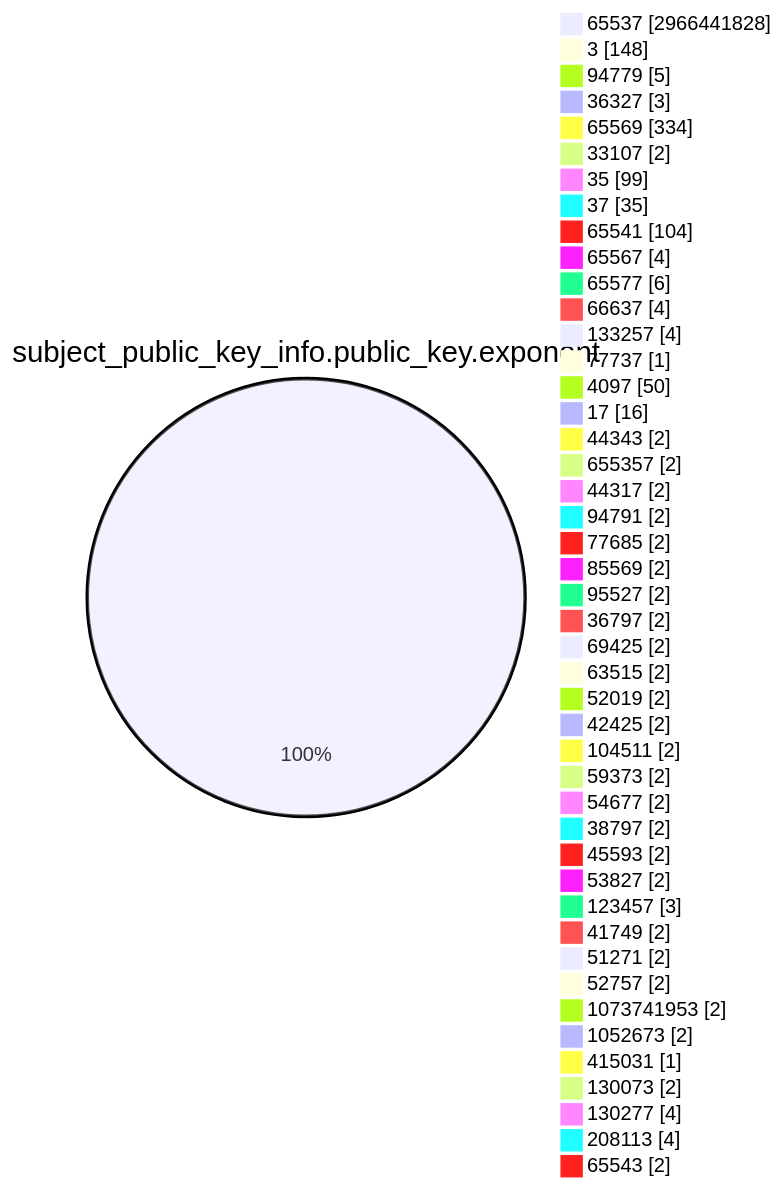
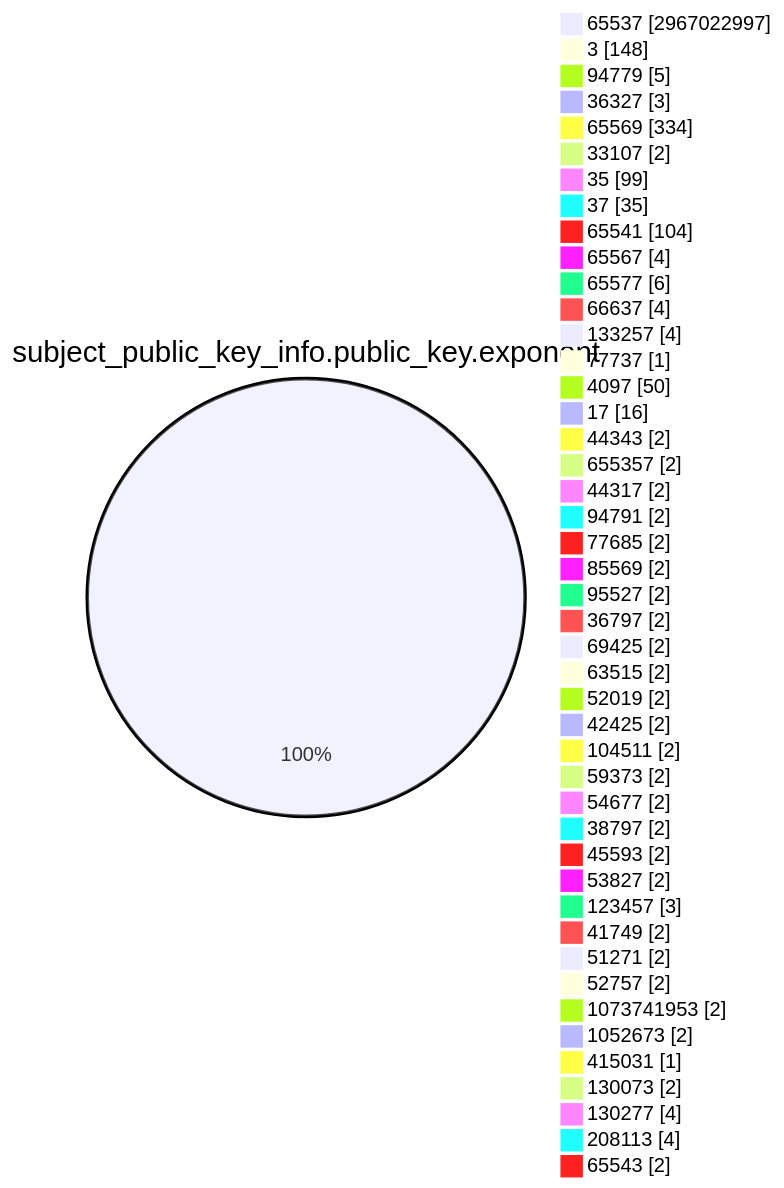
One commit to christiankrug/ctmonitor_visualization changed the fourth of 15 diagrams in TOTAL/README.md. Above: the diagram before and after it, drawn with Mermaid. The commit also changed other lines of this file, not shown here.

````diff
--- a/TOTAL/README.md
+++ b/TOTAL/README.md
@@ -1471,49 +1471,49 @@
 ```mermaid
 pie showData
 title subject_public_key_info.public_key.exponent
-"65537" :2966441828
+"65537" :2967022997
 "3" :148
 "94779" :5
 "36327" :3
 "65569" :334
 "33107" :2
 "35" :99
 "37" :35
 "65541" :104
 "65567" :4
 "65577" :6
 "66637" :4
 "133257" :4
 "77737" :1
 "4097" :50
 "17" :16
 "44343" :2
 "655357" :2
 "44317" :2
 "94791" :2
 "77685" :2
 "85569" :2
 "95527" :2
 "36797" :2
 "69425" :2
 "63515" :2
 "52019" :2
 "42425" :2
 "104511" :2
 "59373" :2
 "54677" :2
 "38797" :2
 "45593" :2
 "53827" :2
 "123457" :3
 "41749" :2
 "51271" :2
 "52757" :2
 "1073741953" :2
 "1052673" :2
 "415031" :1
 "130073" :2
 "130277" :4
 "208113" :4
 "65543" :2
 ```
````
